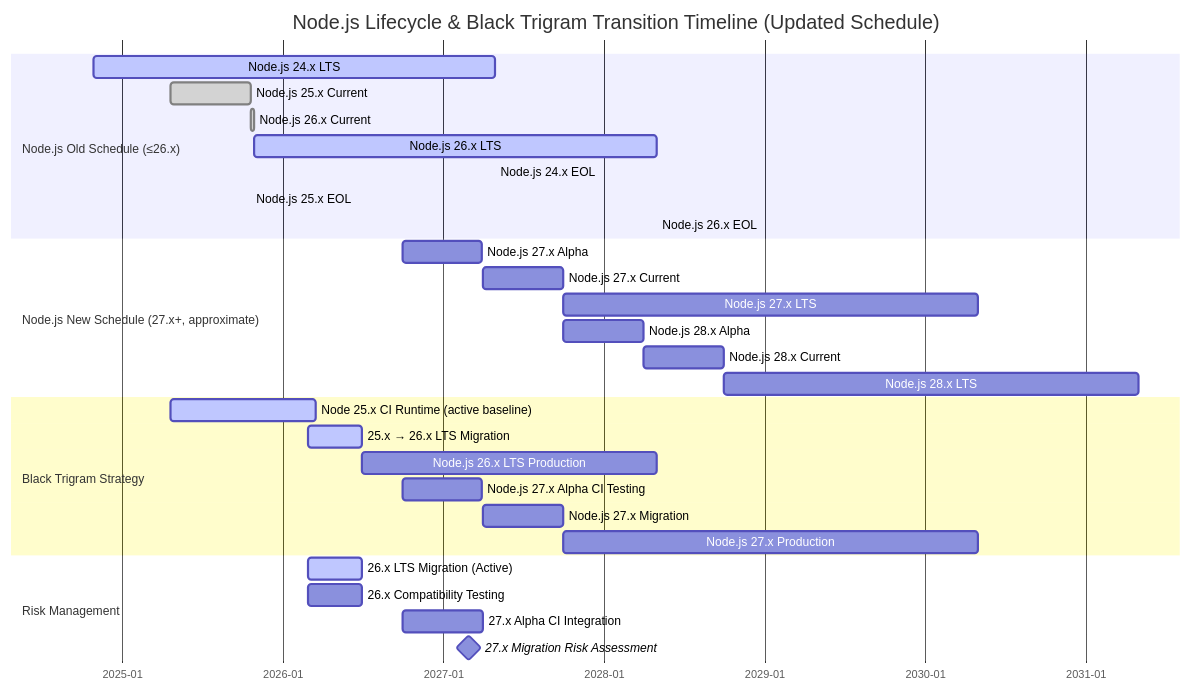
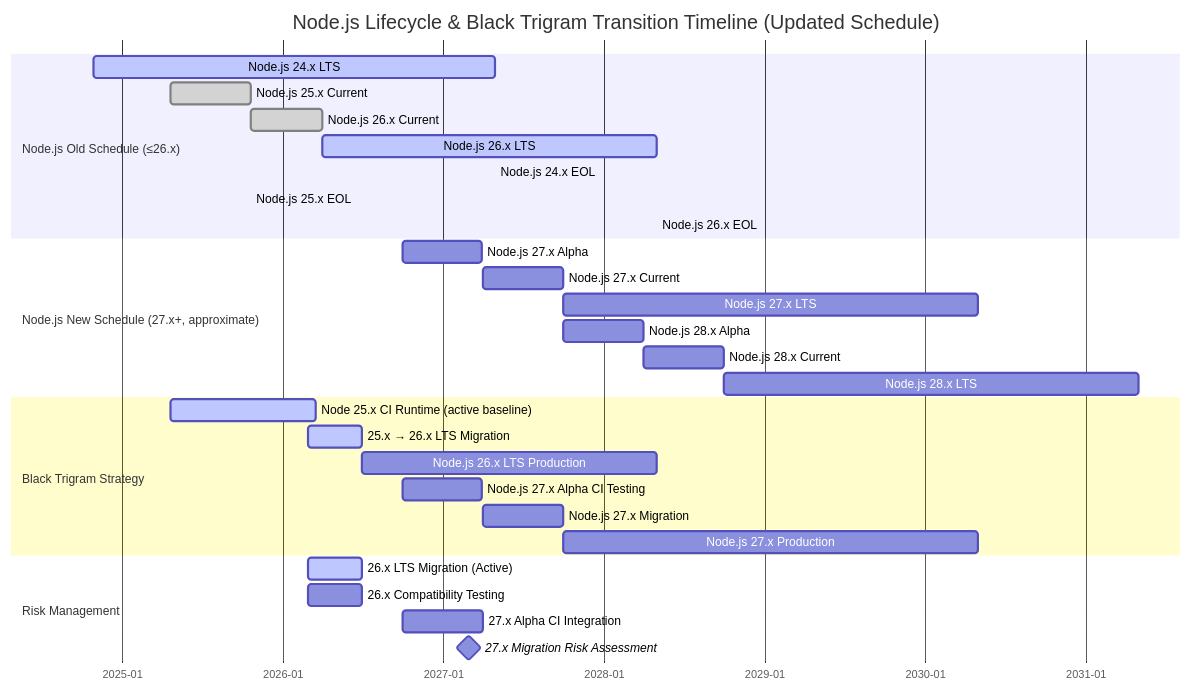
Before and after one commit to Hack23/blacktrigram: the second of 8 diagrams in End-of-Life-Strategy.md, drawn with Mermaid. The commit also changed 1 other file, not shown here.

Commit message:
Fix eslint.config.js ecmaVersion 2020→2024 and Node 26.x gantt Current phase to ~6 months

````diff
--- a/End-of-Life-Strategy.md
+++ b/End-of-Life-Strategy.md
@@ -175,37 +175,37 @@
 ```mermaid
 gantt
     title Node.js Lifecycle & Black Trigram Transition Timeline (Updated Schedule)
     dateFormat YYYY-MM-DD
     axisFormat %Y-%m
 
     section Node.js Old Schedule (≤26.x)
     Node.js 24.x LTS        :active, node24lts, 2024-10-29, 2027-04-30
     Node.js 25.x Current     :done, node25c, 2025-04-22, 2025-10-21
-    Node.js 26.x Current     :done, node26c, 2025-10-21, 2025-10-28
-    Node.js 26.x LTS         :active, node26lts, 2025-10-28, 2028-04-30
+    Node.js 26.x Current     :done, node26c, 2025-10-21, 2026-04-01
+    Node.js 26.x LTS         :active, node26lts, 2026-04-01, 2028-04-30
     Node.js 24.x EOL         :crit, node24eol, 2027-04-30, 0d
     Node.js 25.x EOL         :crit, node25eol, 2025-10-21, 0d
     Node.js 26.x EOL         :crit, node26eol, 2028-04-30, 0d
 
     section Node.js New Schedule (27.x+, approximate)
     Node.js 27.x Alpha       :node27a, 2026-10-01, 2027-03-31
     Node.js 27.x Current     :node27c, 2027-04-01, 2027-09-30
     Node.js 27.x LTS         :node27lts, 2027-10-01, 2030-04-30
     Node.js 28.x Alpha       :node28a, 2027-10-01, 2028-03-31
     Node.js 28.x Current     :node28c, 2028-04-01, 2028-09-30
     Node.js 28.x LTS         :node28lts, 2028-10-01, 2031-04-30
 
     section Black Trigram Strategy
     Node 25.x CI Runtime (active baseline) :active, bt25prod, 2025-04-22, 2026-03-18
     25.x → 26.x LTS Migration      :active, bt25mig, 2026-03-01, 2026-06-30
     Node.js 26.x LTS Production     :bt26prod, 2026-06-30, 2028-04-30
     Node.js 27.x Alpha CI Testing   :bt27alpha, 2026-10-01, 2027-03-31
     Node.js 27.x Migration          :bt27mig, 2027-04-01, 2027-09-30
     Node.js 27.x Production         :bt27prod, 2027-10-01, 2030-04-30
 
     section Risk Management
     26.x LTS Migration (Active)      :active, upgrade26, 2026-03-01, 2026-06-30
     26.x Compatibility Testing       :compat26, 2026-03-01, 2026-06-30
     27.x Alpha CI Integration        :alphaci, 2026-10-01, 2027-04-01
     27.x Migration Risk Assessment   :milestone, riskassess27, 2027-03-01, 0d
 ```
````
